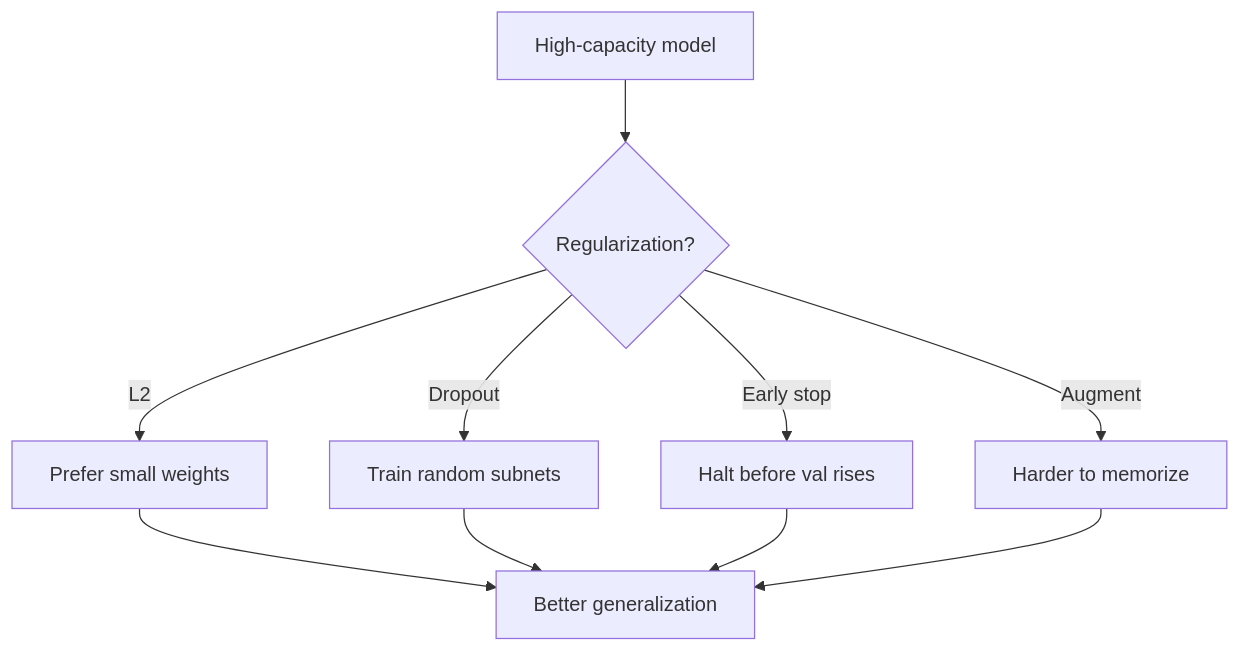
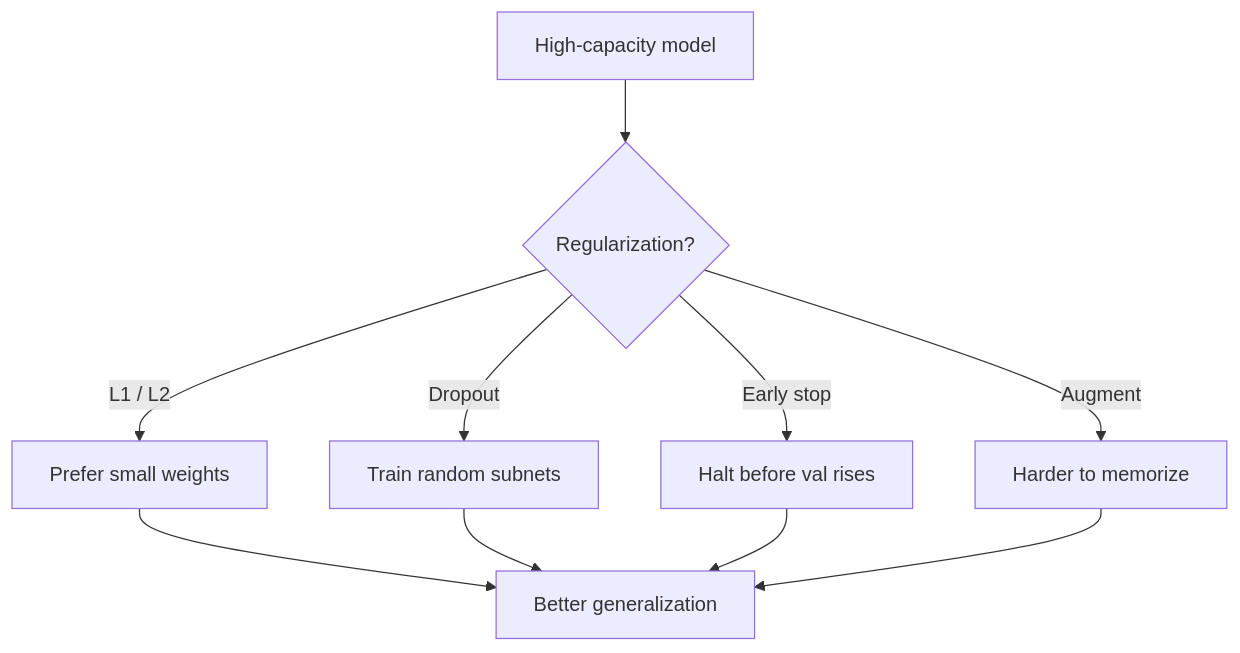
Before and after one commit to satishify/BackBenchLearner: the diagram in content/genai/module-1-foundations/session-1-ai-dl-essentials/10-regularization-techniques.md, drawn with Mermaid. The commit also changed other lines of this file and 199 other files, not shown here.

````diff
--- a/content/genai/module-1-foundations/session-1-ai-dl-essentials/10-regularization-techniques.md
+++ b/content/genai/module-1-foundations/session-1-ai-dl-essentials/10-regularization-techniques.md
@@ -31,12 +51,12 @@
 ```mermaid
 flowchart TD
     A[High-capacity model] --> B{Regularization?}
-    B -->|L2| C[Prefer small weights]
+    B -->|L1 / L2| C[Prefer small weights]
     B -->|Dropout| D[Train random subnets]
     B -->|Early stop| E[Halt before val rises]
     B -->|Augment| F[Harder to memorize]
     C --> G[Better generalization]
     D --> G
     E --> G
     F --> G
 ```
````
